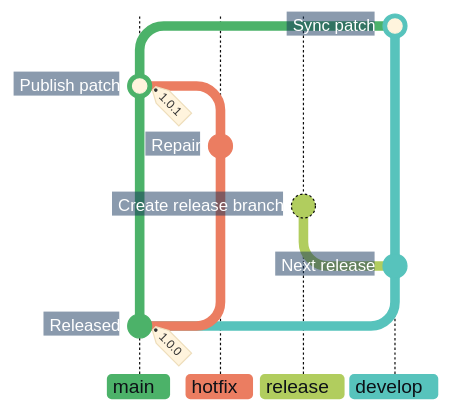
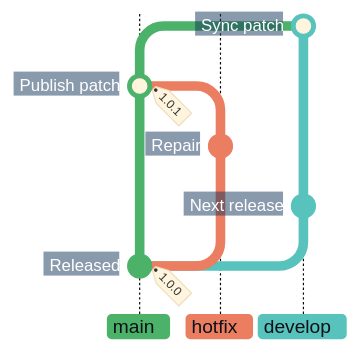
The second of 4 diagrams in docs/adr/cicd.md (superhero/operations.superduper.solutions), drawn with Mermaid before and after one commit. The commit also changed other lines of this file, not shown here.

Commit message:
docs: remove the release lane from the direct hotfix graph

````diff
--- a/docs/adr/cicd.md
+++ b/docs/adr/cicd.md
@@ -85,23 +85,20 @@
 ```mermaid
-%%{init: {"theme": "base", "themeCSS": "line.branch { stroke: #8B949E; stroke-width: 1px; stroke-dasharray: 1 4; stroke-linecap: round; } .branchLabel, .tag-label { font-weight: 700; } .tag-label-bkg, .commit-label-bkg { opacity: 0.9; } .tag-label-bkg { fill: #B8E6C4; stroke: #8ED3A2; } .branchLabelBkg { opacity: 1; clip-path: inset(0 8px 0 0 round 4px) fill-box; } .commit-labels g:last-of-type { visibility: hidden; } .commit-labels g { transform-box: fill-box; transform-origin: calc(100% + 17px) calc(50% + 2px); transform: rotate(-10deg); } .commit-label { font-weight: 700; transform: translateX(-8px); } .commit-label-bkg { stroke: #17365D; stroke-width: 20px; transform: translateX(-5px); clip-path: polygon(-4px -4px, calc(100% + 4px) -4px, calc(100% + 10px) 50%, calc(100% + 4px) calc(100% + 4px), -4px calc(100% + 4px)) fill-box; } .commit.branch { stroke: #B1CD5E; stroke-dasharray: none; }", "gitGraph": {"showCommitLabel": true, "rotateCommitLabel": false}, "themeVariables": {
+%%{init: {"theme": "base", "themeCSS": "line.branch { stroke: #8B949E; stroke-width: 1px; stroke-dasharray: 1 4; stroke-linecap: round; } .branchLabel, .tag-label { font-weight: 700; } .tag-label-bkg, .commit-label-bkg { opacity: 0.9; } .tag-label-bkg { fill: #B8E6C4; stroke: #8ED3A2; } .branchLabelBkg { opacity: 1; clip-path: inset(0 8px 0 0 round 4px) fill-box; } .commit-labels g:last-of-type { visibility: hidden; } .commit-labels g { transform-box: fill-box; transform-origin: calc(100% + 17px) calc(50% + 2px); transform: rotate(-10deg); } .commit-label { font-weight: 700; transform: translateX(-8px); } .commit-label-bkg { stroke: #17365D; stroke-width: 20px; transform: translateX(-5px); clip-path: polygon(-4px -4px, calc(100% + 4px) -4px, calc(100% + 10px) 50%, calc(100% + 4px) calc(100% + 4px), -4px calc(100% + 4px)) fill-box; }", "gitGraph": {"showCommitLabel": true, "rotateCommitLabel": false}, "themeVariables": {
     "commitLabelFontSize": "14px", "commitLabelColor": "#FFFFFF", "commitLabelBackground": "#17365D",
     "git0": "#4CB269", "gitBranchLabel0": "#0D1117",
     "git1": "#EB7D61", "gitBranchLabel1": "#0D1117",
-    "git2": "#B1CD5E", "gitBranchLabel2": "#0D1117",
-    "git3": "#57C3BC", "gitBranchLabel3": "#0D1117"
+    "git2": "#57C3BC", "gitBranchLabel2": "#0D1117"
 }}}%%
 gitGraph BT:
     %% In BT order, the initial commit note is the last label group; its tag stays visible.
     commit id: "Released" tag: "1.0.0"
-    branch develop order: 3
+    branch develop order: 2
     commit id: "Next release"
-    branch "release" order: 2
-    commit id: "Create release branch"
     checkout main
     branch "hotfix" order: 1
     commit id: "Repair"
     checkout main
     merge "hotfix" id: "Publish patch" tag: "1.0.1"
     checkout develop
     merge main id: "Sync patch"
 ```
````
